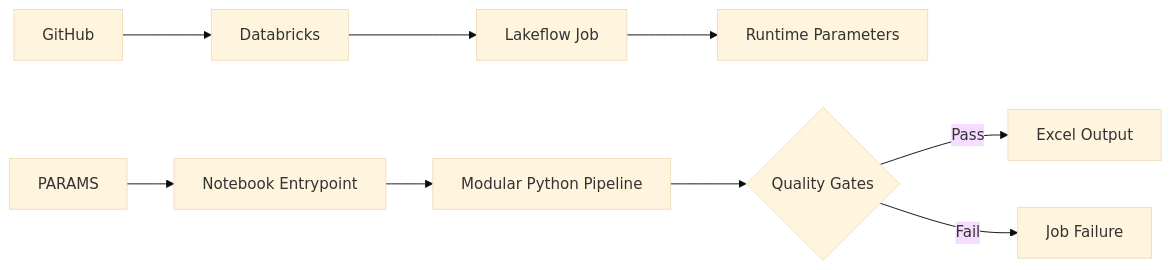
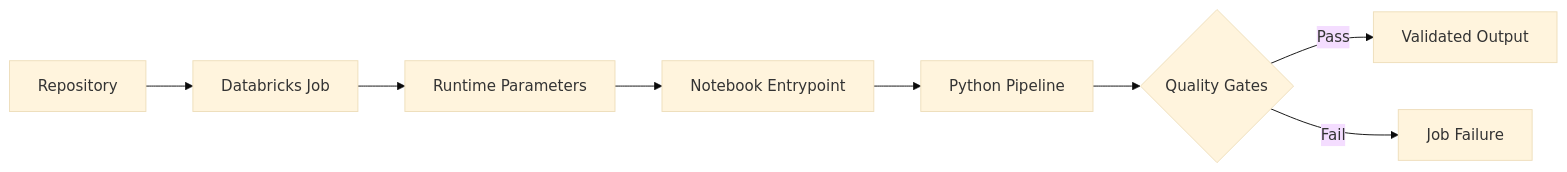
Before and after one commit to cjr3195/databricks-data-reconciliation-pipeline: the tenth of 11 diagrams in README.md, drawn with Mermaid (base theme). The commit also changed other lines of this file, not shown here.

````diff
--- a/README.md
+++ b/README.md
@@ -260,11 +424,14 @@
 ```mermaid
 flowchart LR
-    GH["GitHub"] --> DBX["Databricks"]
-    DBX -->JOB["Lakeflow Job"]
+    GH["Repository"]
+    --> JOB["Databricks Job"]
+
     JOB --> PARAM["Runtime Parameters"]
-    PARAMS--> NOTE["Notebook Entrypoint"]
-    NOTE --> PIPE["Modular Python Pipeline"]
+    PARAM --> NOTE["Notebook Entrypoint"]
+    NOTE --> PIPE["Python Pipeline"]
+
     PIPE --> QG{"Quality Gates"}
-    QG -->|Pass| OUT["Excel Output"]
+
+    QG -->|Pass| OUT["Validated Output"]
     QG -->|Fail| ERR["Job Failure"]
 ```
````
